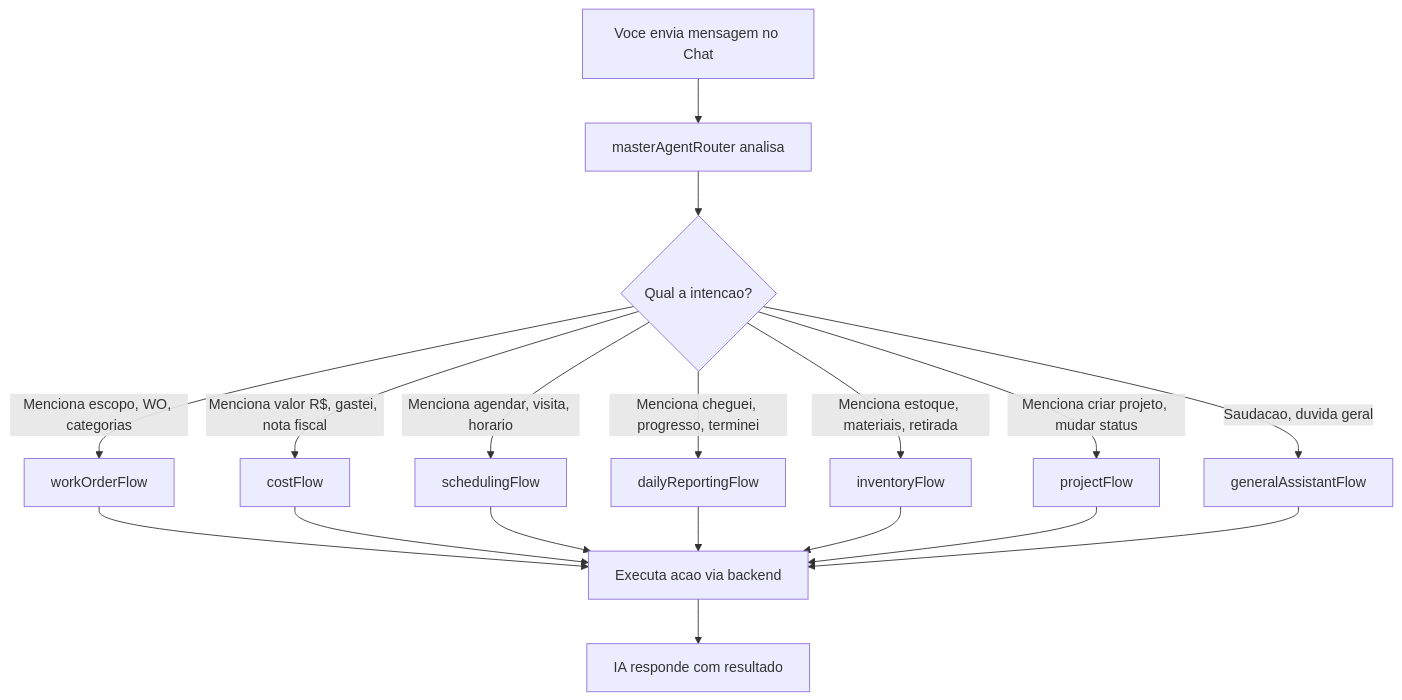
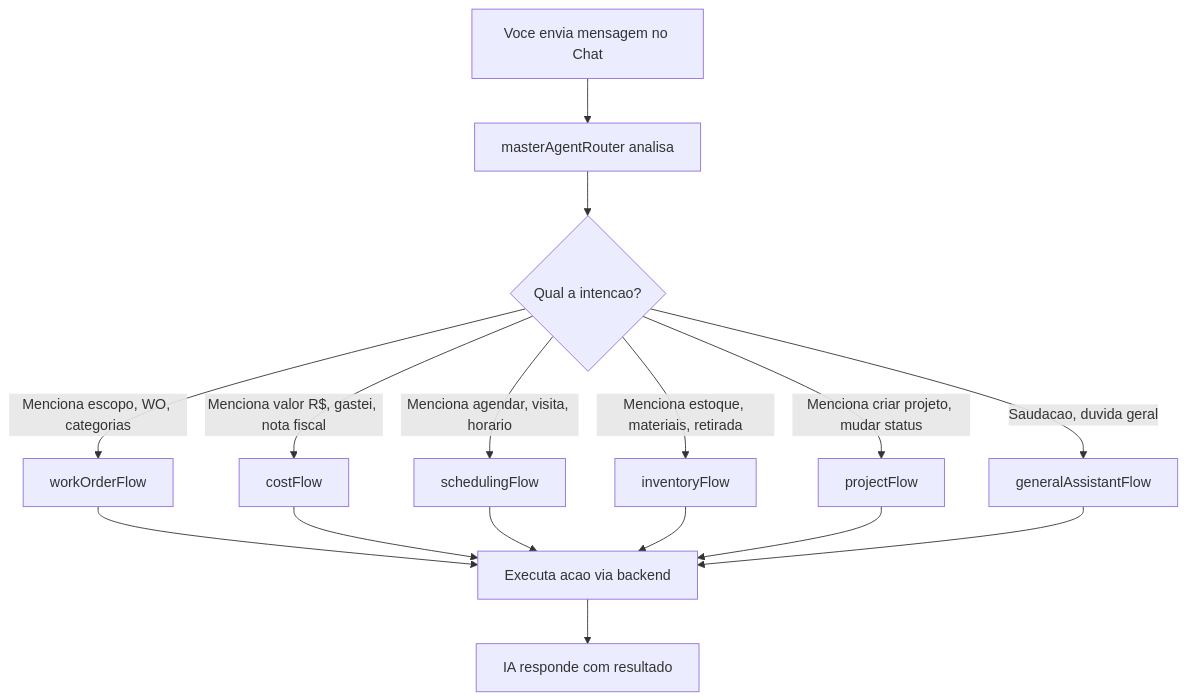
One commit to RafaelWinders/guia-do-usuario changed the diagram in docs/chat.md. Above: the diagram before and after it, drawn with Mermaid. The commit also changed other lines of this file and 15 other files, not shown here.

````diff
--- a/docs/chat.md
+++ b/docs/chat.md
@@ -817,20 +742,18 @@
 ```mermaid
 flowchart TB
     A[Voce envia mensagem no Chat] --> B[masterAgentRouter analisa]
     B --> C{Qual a intencao?}
     C -->|Menciona escopo, WO, categorias| D[workOrderFlow]
     C -->|Menciona valor R$, gastei, nota fiscal| E[costFlow]
     C -->|Menciona agendar, visita, horario| F[schedulingFlow]
-    C -->|Menciona cheguei, progresso, terminei| G[dailyReportingFlow]
     C -->|Menciona estoque, materiais, retirada| H[inventoryFlow]
     C -->|Menciona criar projeto, mudar status| I[projectFlow]
     C -->|Saudacao, duvida geral| J[generalAssistantFlow]
     D --> K[Executa acao via backend]
     E --> K
     F --> K
-    G --> K
     H --> K
     I --> K
     J --> K
     K --> L[IA responde com resultado]
 ```
````
